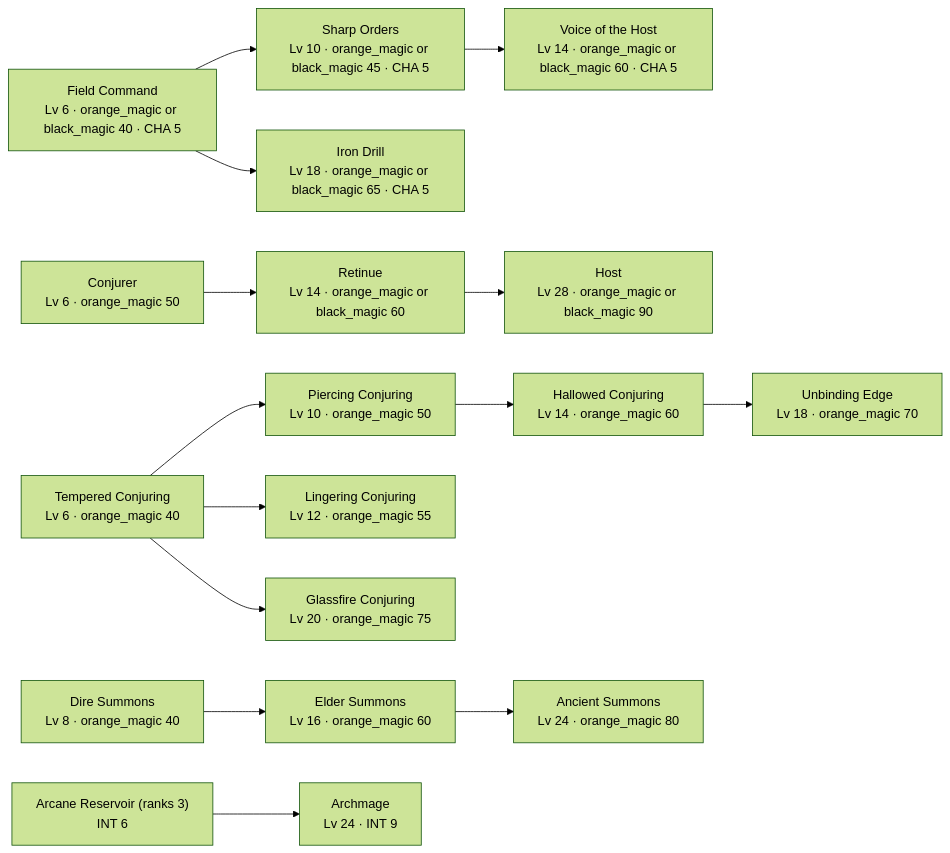
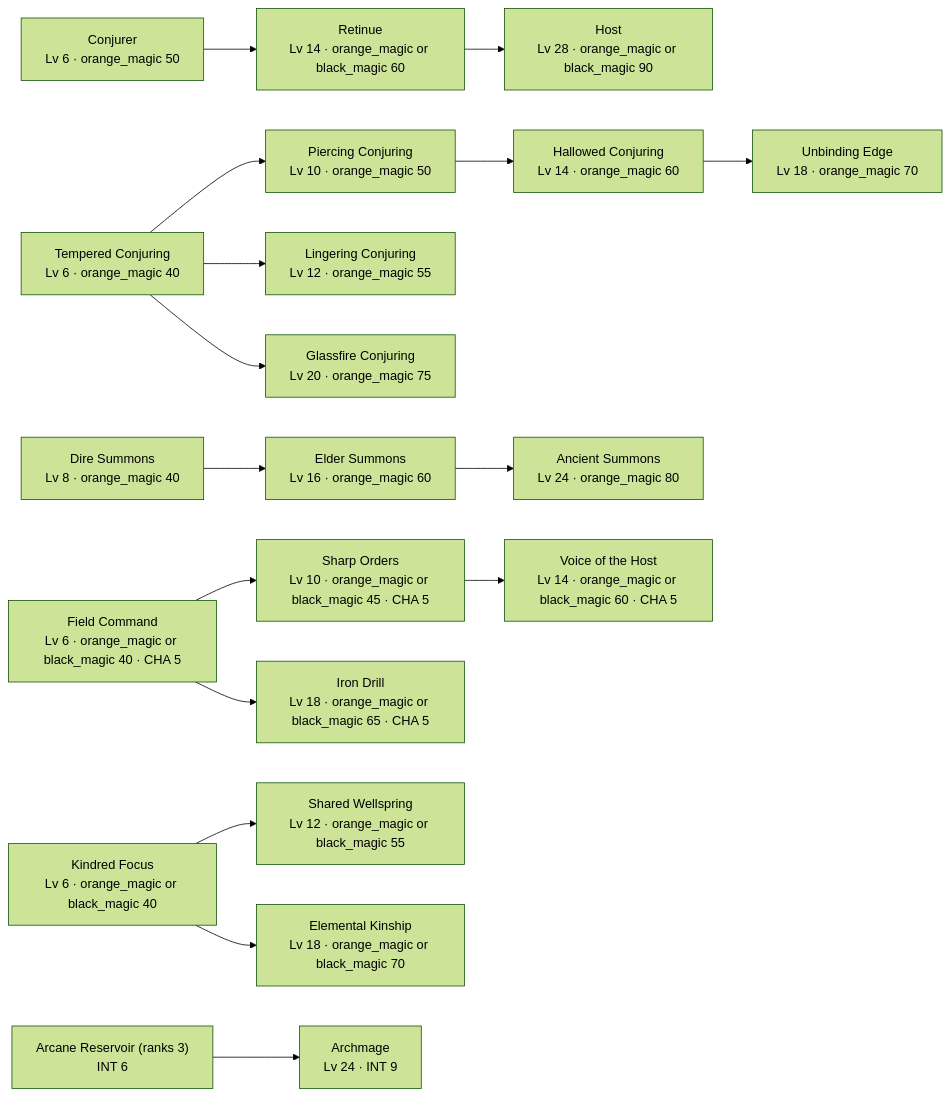
The third of 5 diagrams in docs/core/perk-ladders.md (SETA1609/riftweave-core), drawn with Mermaid (forest theme) before and after one commit. The commit also changed other lines of this file and 4 other files, not shown here.

````diff
--- a/docs/core/perk-ladders.md
+++ b/docs/core/perk-ladders.md
@@ -58,34 +58,39 @@
 ```mermaid
 graph LR
   arcane_reservoir["Arcane Reservoir (ranks 3)<br/>INT 6"]
   conjurer["Conjurer<br/>Lv 6 · orange_magic 50"]
   summon_retinue["Retinue<br/>Lv 14 · orange_magic or black_magic 60"]
-  field_command["Field Command<br/>Lv 6 · orange_magic or black_magic 40 · CHA 5"]
-  sharp_orders["Sharp Orders<br/>Lv 10 · orange_magic or black_magic 45 · CHA 5"]
-  voice_of_the_host["Voice of the Host<br/>Lv 14 · orange_magic or black_magic 60 · CHA 5"]
-  iron_drill["Iron Drill<br/>Lv 18 · orange_magic or black_magic 65 · CHA 5"]
   tempered_conjuring["Tempered Conjuring<br/>Lv 6 · orange_magic 40"]
   piercing_conjuring["Piercing Conjuring<br/>Lv 10 · orange_magic 50"]
   lingering_conjuring["Lingering Conjuring<br/>Lv 12 · orange_magic 55"]
   hallowed_conjuring["Hallowed Conjuring<br/>Lv 14 · orange_magic 60"]
   unbinding_edge["Unbinding Edge<br/>Lv 18 · orange_magic 70"]
   glassfire_conjuring["Glassfire Conjuring<br/>Lv 20 · orange_magic 75"]
   summon_host["Host<br/>Lv 28 · orange_magic or black_magic 90"]
   summon_dire["Dire Summons<br/>Lv 8 · orange_magic 40"]
   summon_elder["Elder Summons<br/>Lv 16 · orange_magic 60"]
   summon_ancient["Ancient Summons<br/>Lv 24 · orange_magic 80"]
+  field_command["Field Command<br/>Lv 6 · orange_magic or black_magic 40 · CHA 5"]
+  sharp_orders["Sharp Orders<br/>Lv 10 · orange_magic or black_magic 45 · CHA 5"]
+  voice_of_the_host["Voice of the Host<br/>Lv 14 · orange_magic or black_magic 60 · CHA 5"]
+  iron_drill["Iron Drill<br/>Lv 18 · orange_magic or black_magic 65 · CHA 5"]
+  kindred_focus["Kindred Focus<br/>Lv 6 · orange_magic or black_magic 40"]
+  shared_wellspring["Shared Wellspring<br/>Lv 12 · orange_magic or black_magic 55"]
+  elemental_kinship["Elemental Kinship<br/>Lv 18 · orange_magic or black_magic 70"]
   archmage["Archmage<br/>Lv 24 · INT 9"]
   conjurer --> summon_retinue
-  field_command --> sharp_orders
-  sharp_orders --> voice_of_the_host
-  field_command --> iron_drill
   tempered_conjuring --> piercing_conjuring
   tempered_conjuring --> lingering_conjuring
   piercing_conjuring --> hallowed_conjuring
   hallowed_conjuring --> unbinding_edge
   tempered_conjuring --> glassfire_conjuring
   summon_retinue --> summon_host
   summon_dire --> summon_elder
   summon_elder --> summon_ancient
+  field_command --> sharp_orders
+  sharp_orders --> voice_of_the_host
+  field_command --> iron_drill
+  kindred_focus --> shared_wellspring
+  kindred_focus --> elemental_kinship
   arcane_reservoir --> archmage
 ```
````
